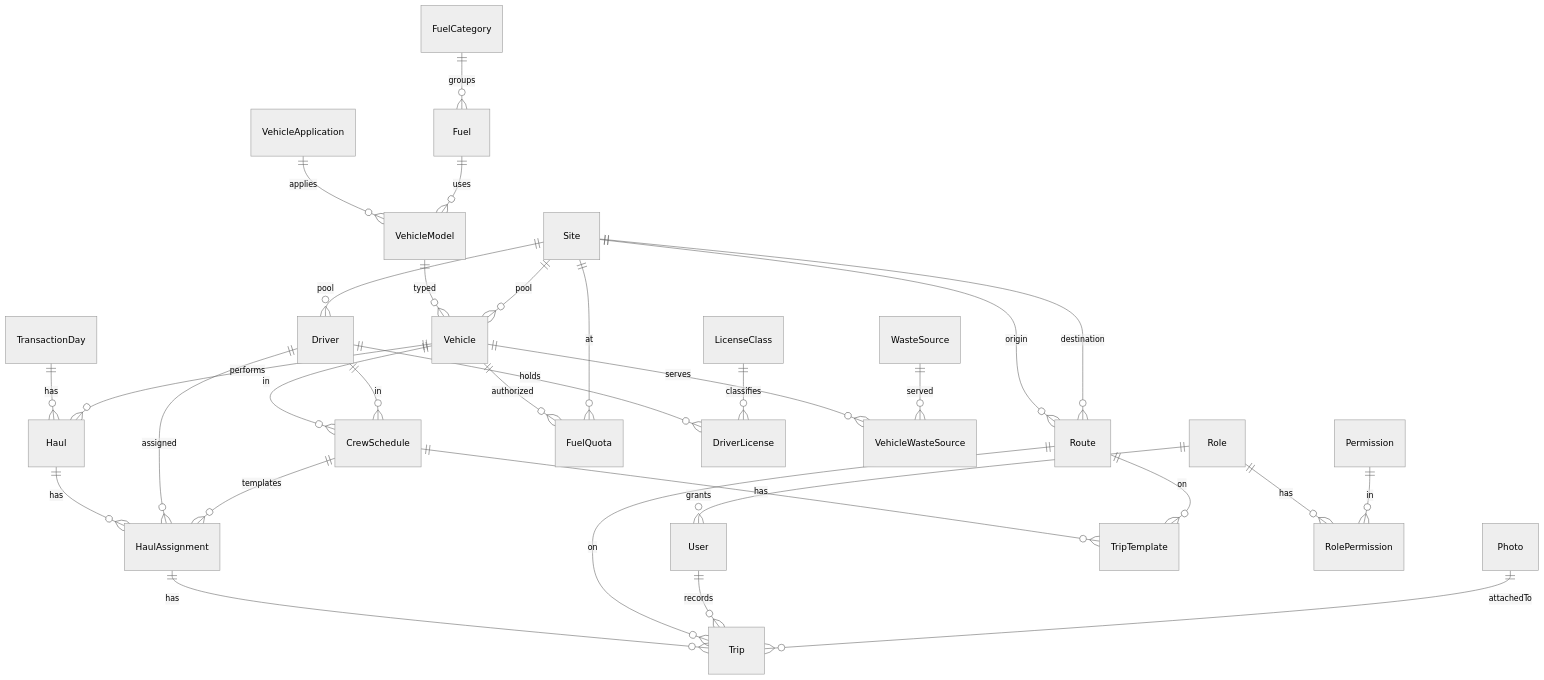
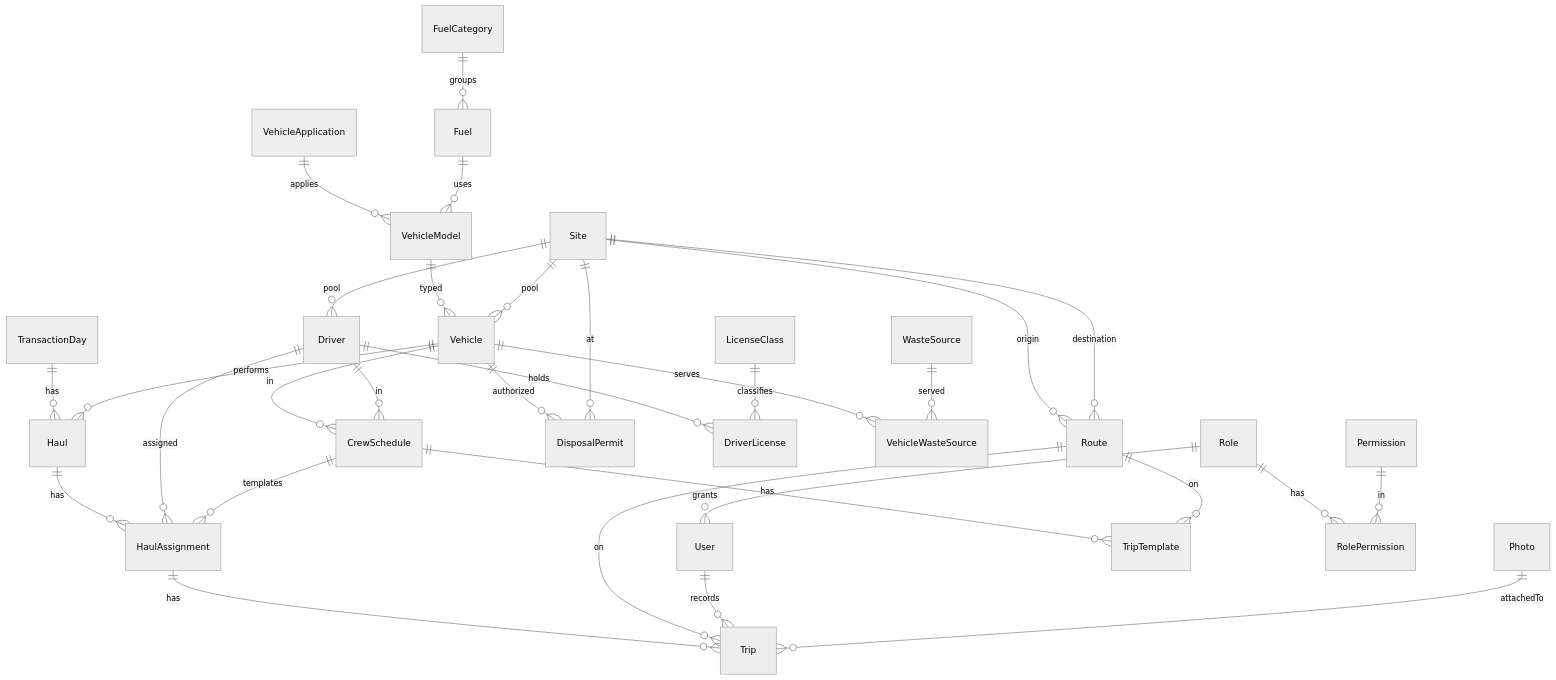
Before and after one commit to dlhsby/swat: the diagram in specs/02-domain-model.md, drawn with Mermaid (neutral theme). The commit also changed other lines of this file and 31 other files, not shown here.

````diff
--- a/specs/02-domain-model.md
+++ b/specs/02-domain-model.md
@@ -186,40 +186,40 @@
 ```mermaid
 erDiagram
     TransactionDay ||--o{ Haul : has
     Vehicle ||--o{ Haul : performs
     Haul ||--o{ HaulAssignment : has
     Driver ||--o{ HaulAssignment : assigned
     CrewSchedule ||--o{ HaulAssignment : templates
     HaulAssignment ||--o{ Trip : has
     Route ||--o{ Trip : on
     User ||--o{ Trip : records
     Photo ||--o{ Trip : attachedTo
 
     CrewSchedule ||--o{ TripTemplate : has
     Vehicle ||--o{ CrewSchedule : in
     Driver ||--o{ CrewSchedule : in
     Route ||--o{ TripTemplate : on
 
-    Vehicle ||--o{ FuelQuota : authorized
-    Site ||--o{ FuelQuota : at
+    Vehicle ||--o{ DisposalPermit : authorized
+    Site ||--o{ DisposalPermit : at
 
     VehicleModel ||--o{ Vehicle : typed
     VehicleApplication ||--o{ VehicleModel : applies
     Fuel ||--o{ VehicleModel : uses
     FuelCategory ||--o{ Fuel : groups
     Site ||--o{ Vehicle : pool
 
     Driver ||--o{ DriverLicense : holds
     LicenseClass ||--o{ DriverLicense : classifies
     Site ||--o{ Driver : pool
 
     Site ||--o{ Route : origin
     Site ||--o{ Route : destination
 
     Vehicle ||--o{ VehicleWasteSource : serves
     WasteSource ||--o{ VehicleWasteSource : served
 
     Role ||--o{ User : grants
     Role ||--o{ RolePermission : has
     Permission ||--o{ RolePermission : in
 ```
````
